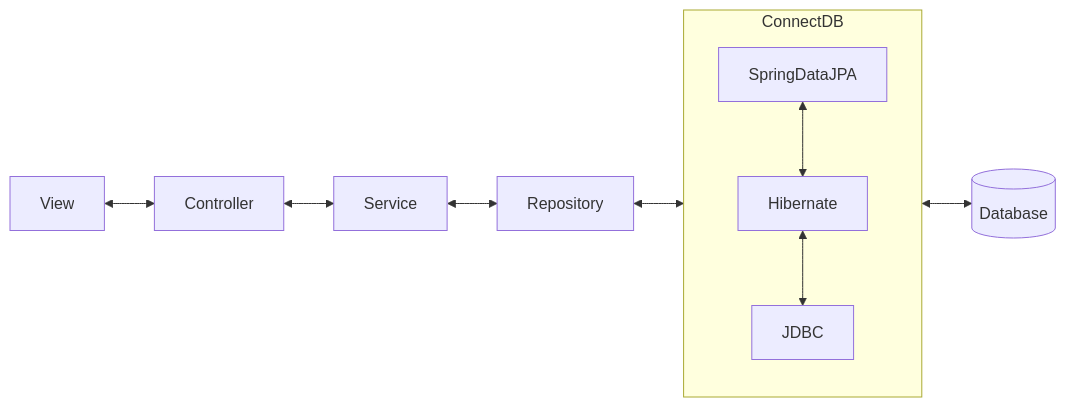
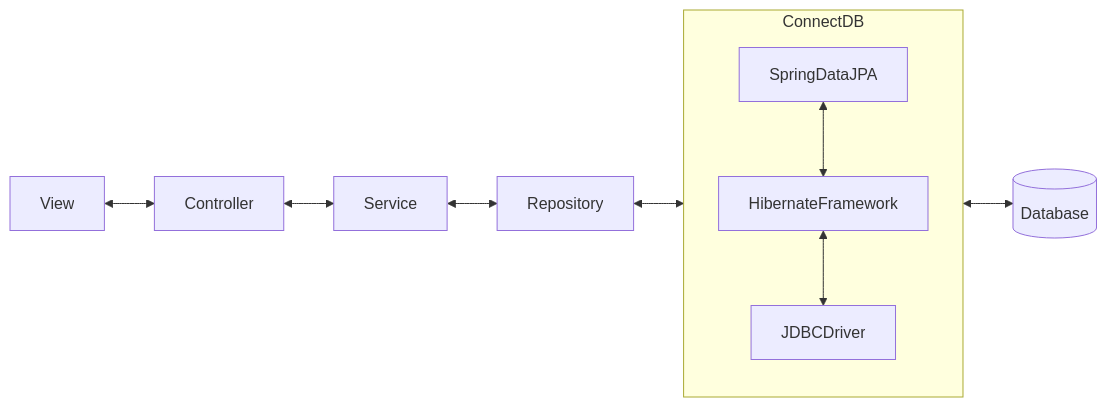
Before and after one commit to phuongnt-git/ecommerce-webapp: the diagram in README.md, drawn with Mermaid. The commit also changed other lines of this file and 2186 other files, not shown here.

````diff
--- a/README.md
+++ b/README.md
@@ -66,9 +35,9 @@
 ```mermaid
 flowchart LR
   View <--> Controller <--> Service <--> Repository <--> ConnectDB
   subgraph ConnectDB
     direction TB
-    SpringDataJPA <--> Hibernate <--> JDBC
+    SpringDataJPA <--> HibernateFramework <--> JDBCDriver
   end
   ConnectDB <--> i[(Database)]
 ```
````
